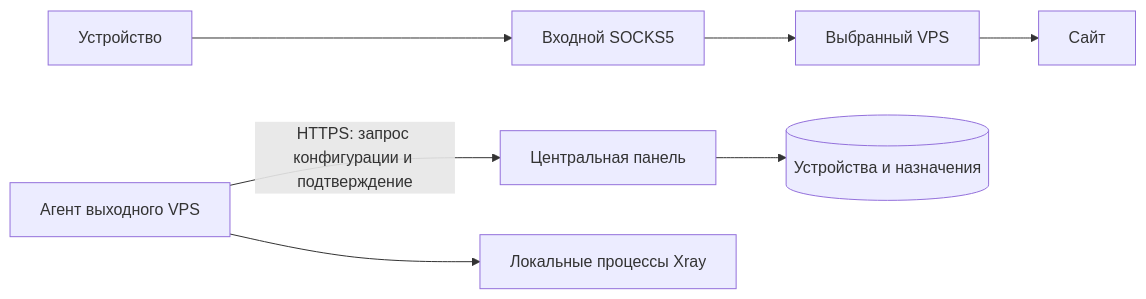
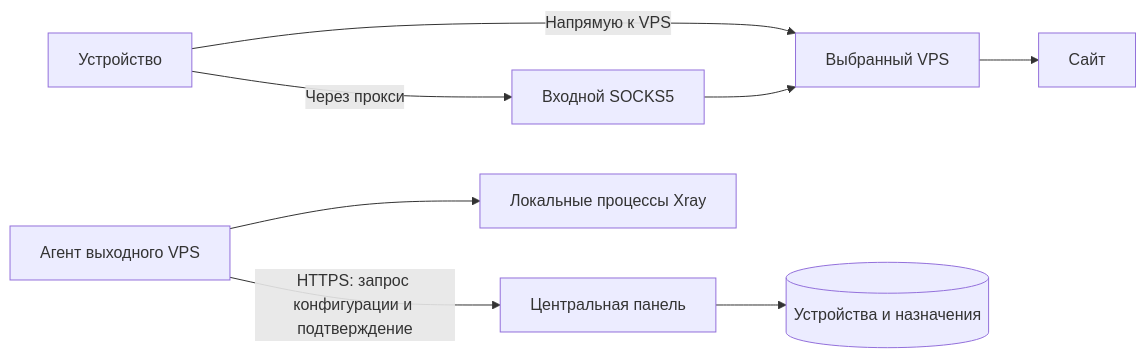
Before and after one commit to rvburov/private-gateway: the diagram in docs/managed-vps.md, drawn with Mermaid. The commit also changed other lines of this file and 7 other files, not shown here.

First line of the commit message:
Добавить явный выбор прямого подключения к VPS или прокси

````diff
--- a/docs/managed-vps.md
+++ b/docs/managed-vps.md
@@ -6,9 +7,10 @@
 ```mermaid
 flowchart LR
-    Device[Устройство] --> Entry[Входной SOCKS5]
-    Entry --> Exit[Выбранный VPS]
+    Device[Устройство] -->|Напрямую к VPS| Exit[Выбранный VPS]
+    Device -->|Через прокси| Entry[Входной SOCKS5]
+    Entry --> Exit
     Exit --> Site[Сайт]
     Panel[Центральная панель] --> DB[(Устройства и назначения)]
     Agent[Агент выходного VPS] -->|HTTPS: запрос конфигурации и подтверждение| Panel
     Agent --> Xray[Локальные процессы Xray]
 ```
````
